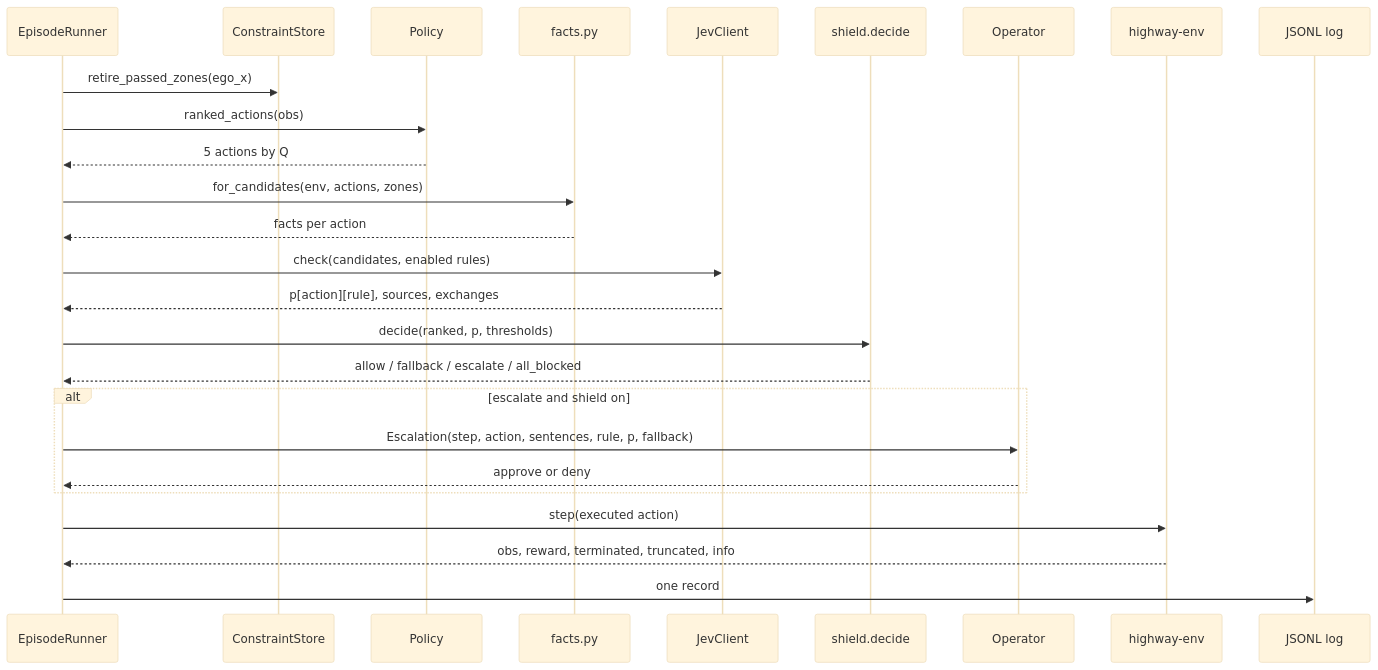
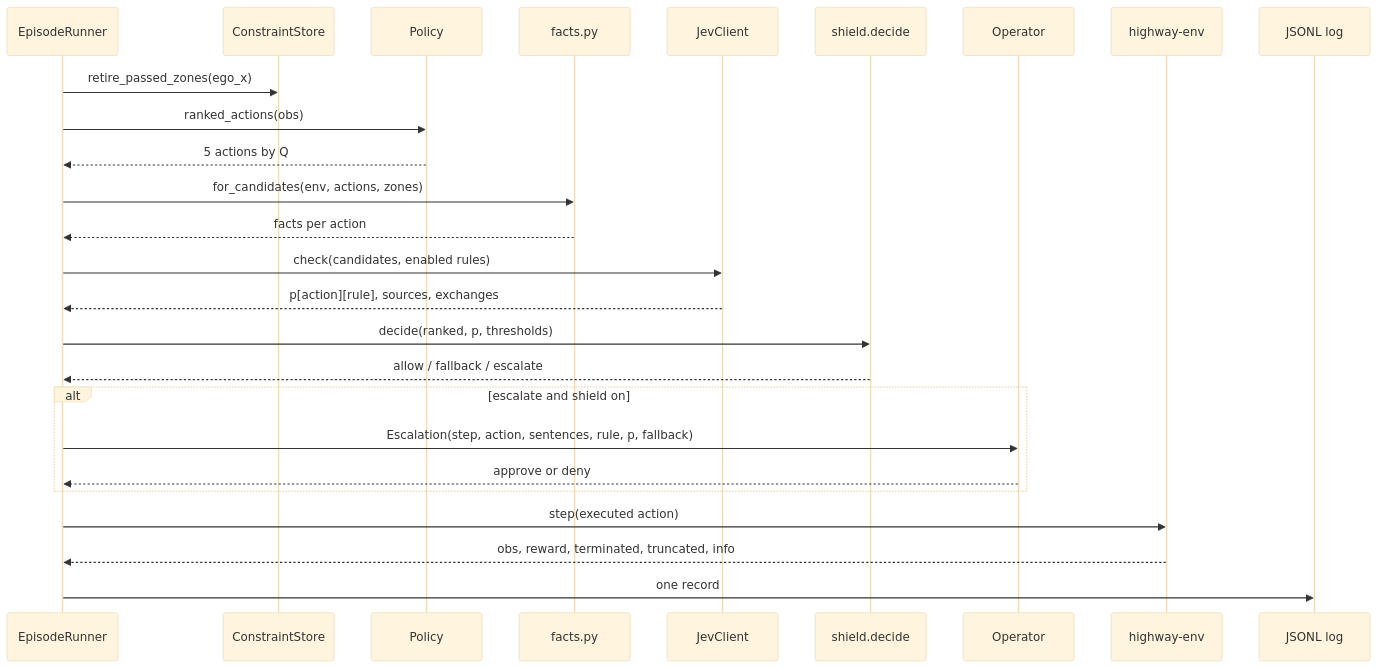
Before and after one commit to sequenzia/Interlock: the second of 4 diagrams in docs/developer-guide/architecture.md, drawn with Mermaid (base theme). The commit also changed other lines of this file and 48 other files, not shown here.

````diff
--- a/docs/developer-guide/architecture.md
+++ b/docs/developer-guide/architecture.md
@@ -68,28 +68,28 @@
 ```mermaid
 sequenceDiagram
   participant R as EpisodeRunner
   participant S as ConstraintStore
   participant P as Policy
   participant F as facts.py
   participant J as JevClient
   participant D as shield.decide
   participant O as Operator
   participant E as highway-env
   participant L as JSONL log
   R->>S: retire_passed_zones(ego_x)
   R->>P: ranked_actions(obs)
   P-->>R: 5 actions by Q
   R->>F: for_candidates(env, actions, zones)
   F-->>R: facts per action
   R->>J: check(candidates, enabled rules)
   J-->>R: p[action][rule], sources, exchanges
   R->>D: decide(ranked, p, thresholds)
-  D-->>R: allow / fallback / escalate / all_blocked
+  D-->>R: allow / fallback / escalate
   alt escalate and shield on
     R->>O: Escalation(step, action, sentences, rule, p, fallback)
     O-->>R: approve or deny
   end
   R->>E: step(executed action)
   E-->>R: obs, reward, terminated, truncated, info
   R->>L: one record
 ```
````
